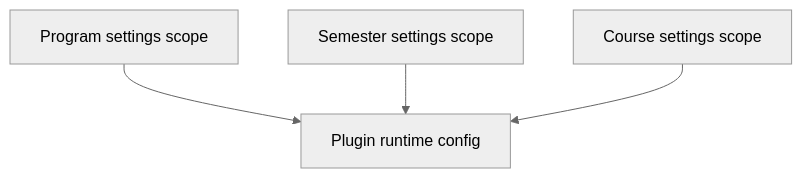
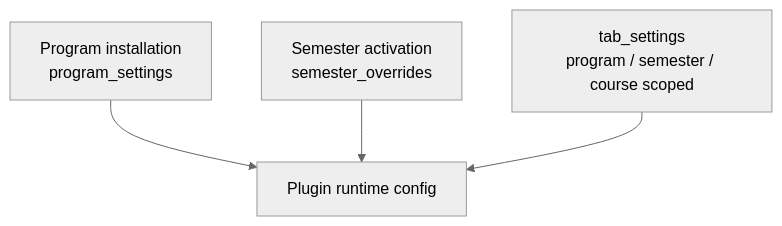
One commit to jinyuanZhou-Leo/Semestra changed the third of 5 diagrams in docs/plugin-inheritance-architecture.md. Above: the diagram before and after it, drawn with Mermaid (neutral theme). The commit also changed other lines of this file and 88 other files, not shown here.

````diff
--- a/docs/plugin-inheritance-architecture.md
+++ b/docs/plugin-inheritance-architecture.md
@@ -188,11 +189,14 @@
 ```mermaid
 flowchart TD
-    Program["Program settings scope"]
-    Semester["Semester settings scope"]
-    Course["Course settings scope"]
+    Program["Program installation
+program_settings"]
+    Semester["Semester activation
+semester_overrides"]
+    TabSettings["tab_settings
+program / semester / course scoped"]
     Runtime["Plugin runtime config"]
 
     Program --> Runtime
     Semester --> Runtime
-    Course --> Runtime
+    TabSettings --> Runtime
 ```
````
